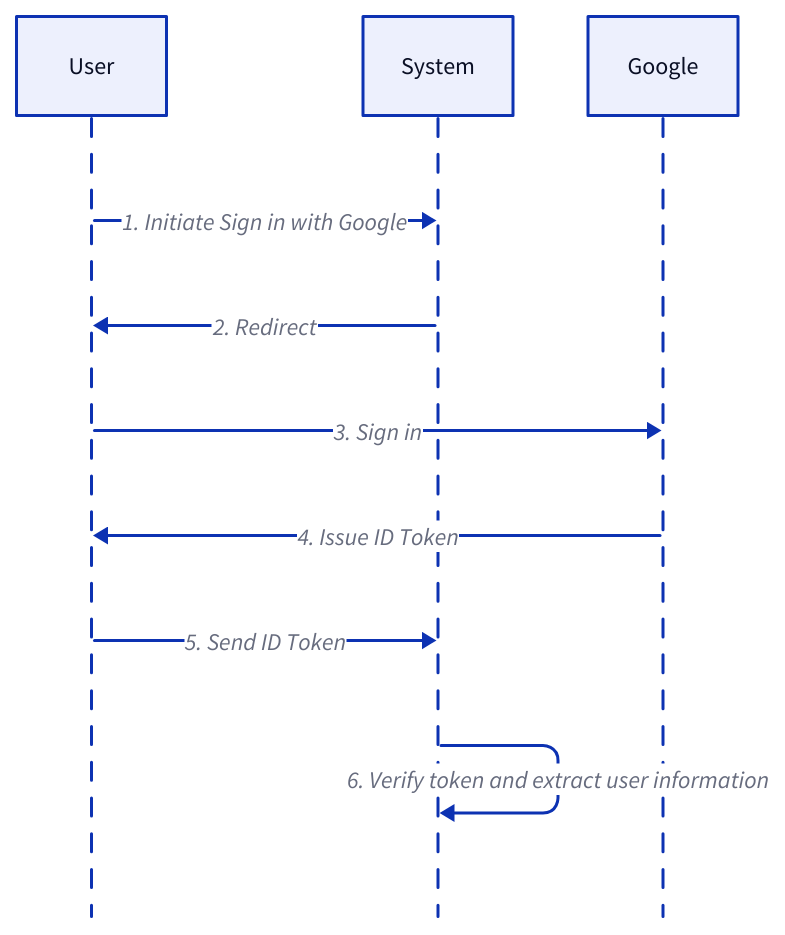
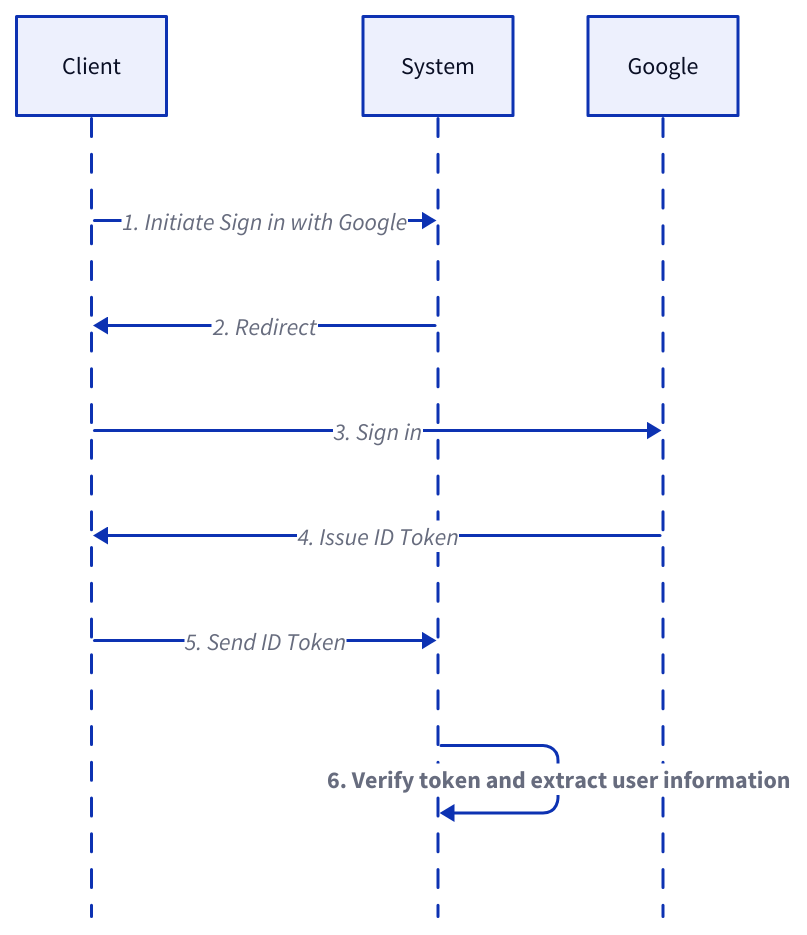
Diagram 12 of 26 in content/docs/system-administration/system-protection/iam.md (link1905/system-design-101), drawn with D2 before and after one commit. The commit also changed other lines of this file and 21 other files, not shown here.

````diff
--- a/content/docs/system-administration/system-protection/iam.md
+++ b/content/docs/system-administration/system-protection/iam.md
@@ -458,19 +470,21 @@
 ```d2
 shape: sequence_diagram
-u: User {
-  class: user
+u: Client {
+  class: client
 }
 s: System {
   class: server
 }
 g: Google {
   class: google
 }
 
 u -> s: "1. Initiate Sign in with Google"
 s -> u: "2. Redirect"
 u -> g: "3. Sign in"
 g -> u: "4. Issue ID Token"
 u -> s: "5. Send ID Token"
-s -> s: "6. Verify token and extract user information"
+s -> s: "6. Verify token and extract user information" {
+  style.bold: true
+}
 ```
````
